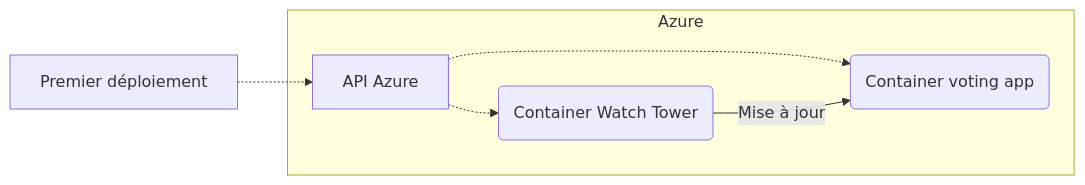
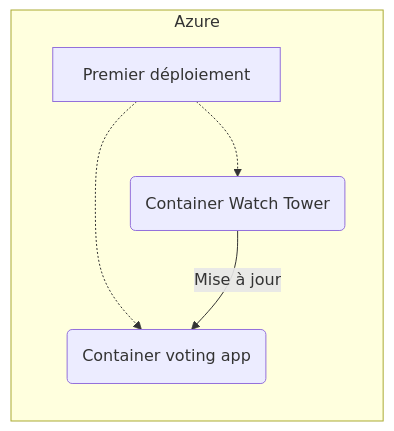
The second of 3 diagrams in README.md (DevSoleo/simplon-brief-7), drawn with Mermaid before and after one commit. The commit also changed other lines of this file, not shown here.

````diff
--- a/README.md
+++ b/README.md
@@ -27,11 +30,11 @@
 ```mermaid
 flowchart LR
 
-    first_start[Premier déploiement] -.-> api_azure[API Azure]
+    first_start[Premier déploiement]
     
     subgraph az[Azure]
-        api_azure -.-> container_voting_app(Container voting app)
-        api_azure -.-> container_watch_tower(Container Watch Tower)
+        first_start -.-> container_voting_app(Container voting app)
+        first_start -.-> container_watch_tower(Container Watch Tower)
        container_watch_tower -- Mise à jour --> container_voting_app
     end
 ```
````
